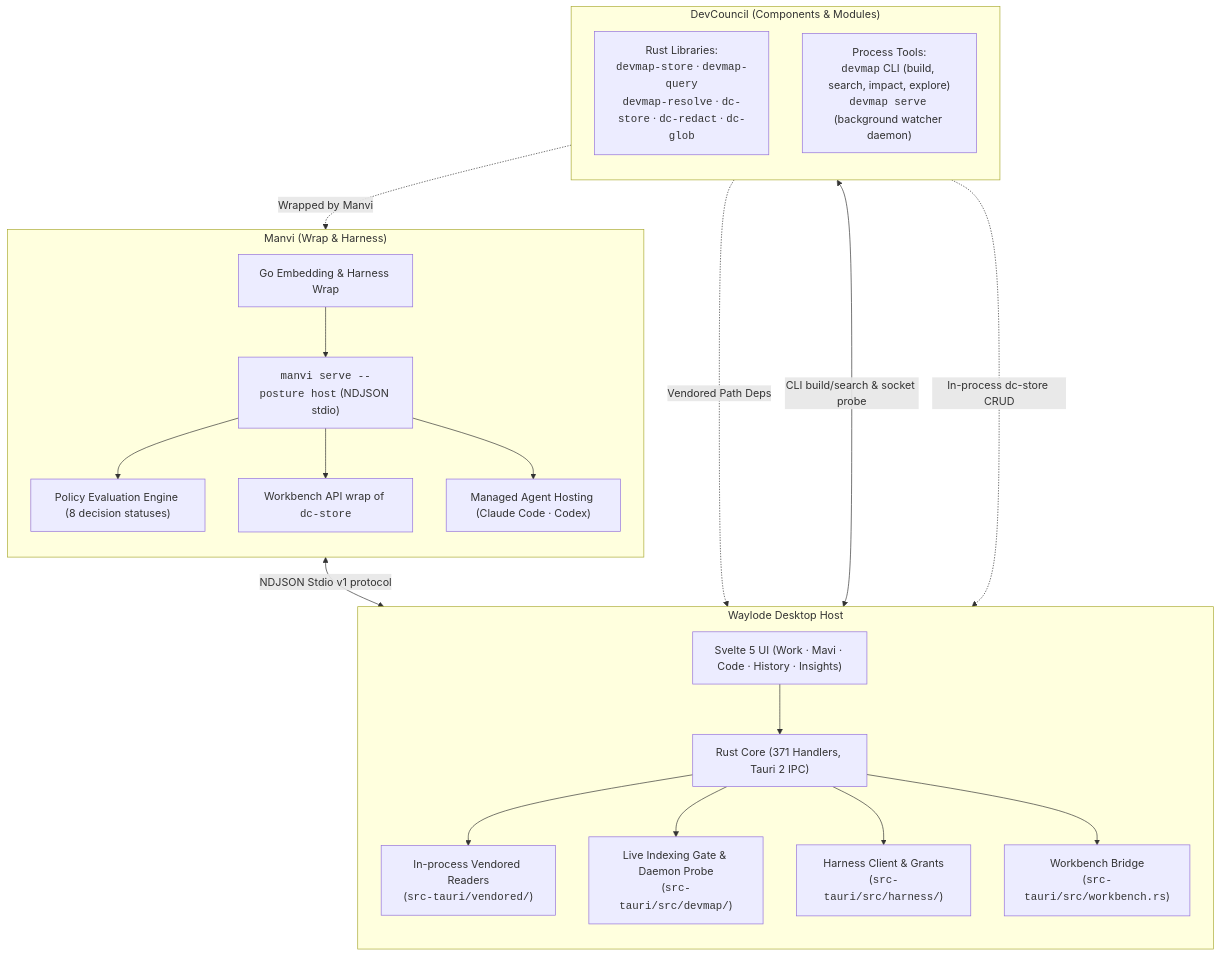
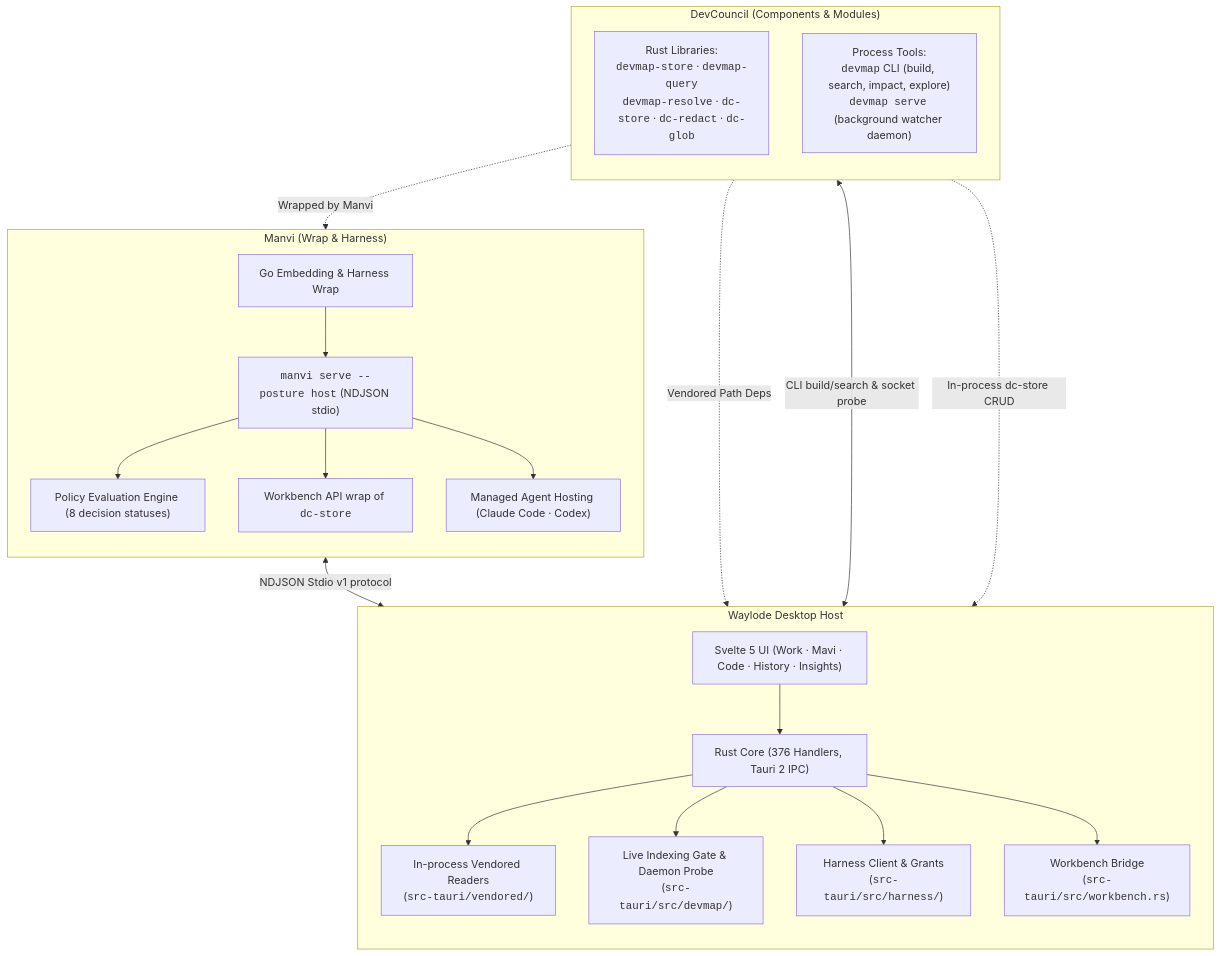
Before and after one commit to bharathvbcr/GitPulse: the first of 3 diagrams in docs/MODULE_INTEGRATION.md, drawn with Mermaid.

Commit message:
docs(architecture): update MODULE_INTEGRATION handler count to 375

````diff
--- a/docs/MODULE_INTEGRATION.md
+++ b/docs/MODULE_INTEGRATION.md
@@ -40,43 +40,43 @@
 ```mermaid
 flowchart TD
     subgraph DevCouncil["DevCouncil (Components & Modules)"]
         direction TB
         DCLibs["Rust Libraries:<br/><code>devmap-store</code> · <code>devmap-query</code><br/><code>devmap-resolve</code> · <code>dc-store</code> · <code>dc-redact</code> · <code>dc-glob</code>"]
         DCCLI["Process Tools:<br/><code>devmap</code> CLI (build, search, impact, explore)<br/><code>devmap serve</code> (background watcher daemon)"]
     end
 
     subgraph Manvi["Manvi (Wrap & Harness)"]
         direction TB
         ManviWrap["Go Embedding & Harness Wrap"]
         ManviSidecar["<code>manvi serve --posture host</code> (NDJSON stdio)"]
         ManviPolicy["Policy Evaluation Engine (8 decision statuses)"]
         ManviWorkbench["Workbench API wrap of <code>dc-store</code>"]
         ManviAgents["Managed Agent Hosting (Claude Code · Codex)"]
         ManviWrap --> ManviSidecar
         ManviSidecar --> ManviPolicy
         ManviSidecar --> ManviWorkbench
         ManviSidecar --> ManviAgents
     end
 
     subgraph WaylodeHost["Waylode Desktop Host"]
         direction TB
         UIHost["Svelte 5 UI (Work · Mavi · Code · History · Insights)"]
-        RustIPC["Rust Core (371 Handlers, Tauri 2 IPC)"]
+        RustIPC["Rust Core (376 Handlers, Tauri 2 IPC)"]
         InProcessReaders["In-process Vendored Readers<br/>(<code>src-tauri/vendored/</code>)"]
         CLIGate["Live Indexing Gate & Daemon Probe<br/>(<code>src-tauri/src/devmap/</code>)"]
         HarnessClient["Harness Client & Grants<br/>(<code>src-tauri/src/harness/</code>)"]
         WorkbenchCmd["Workbench Bridge<br/>(<code>src-tauri/src/workbench.rs</code>)"]
 
         UIHost --> RustIPC
         RustIPC --> InProcessReaders
         RustIPC --> CLIGate
         RustIPC --> HarnessClient
         RustIPC --> WorkbenchCmd
     end
 
     DCLibs -.->|Vendored Path Deps| InProcessReaders
     DCCLI <-->|CLI build/search & socket probe| CLIGate
     DCLibs -.->|Wrapped by Manvi| ManviWorkbench
     ManviSidecar <-->|NDJSON Stdio v1 protocol| HarnessClient
     DCLibs -.->|In-process dc-store CRUD| WorkbenchCmd
 ```
````
